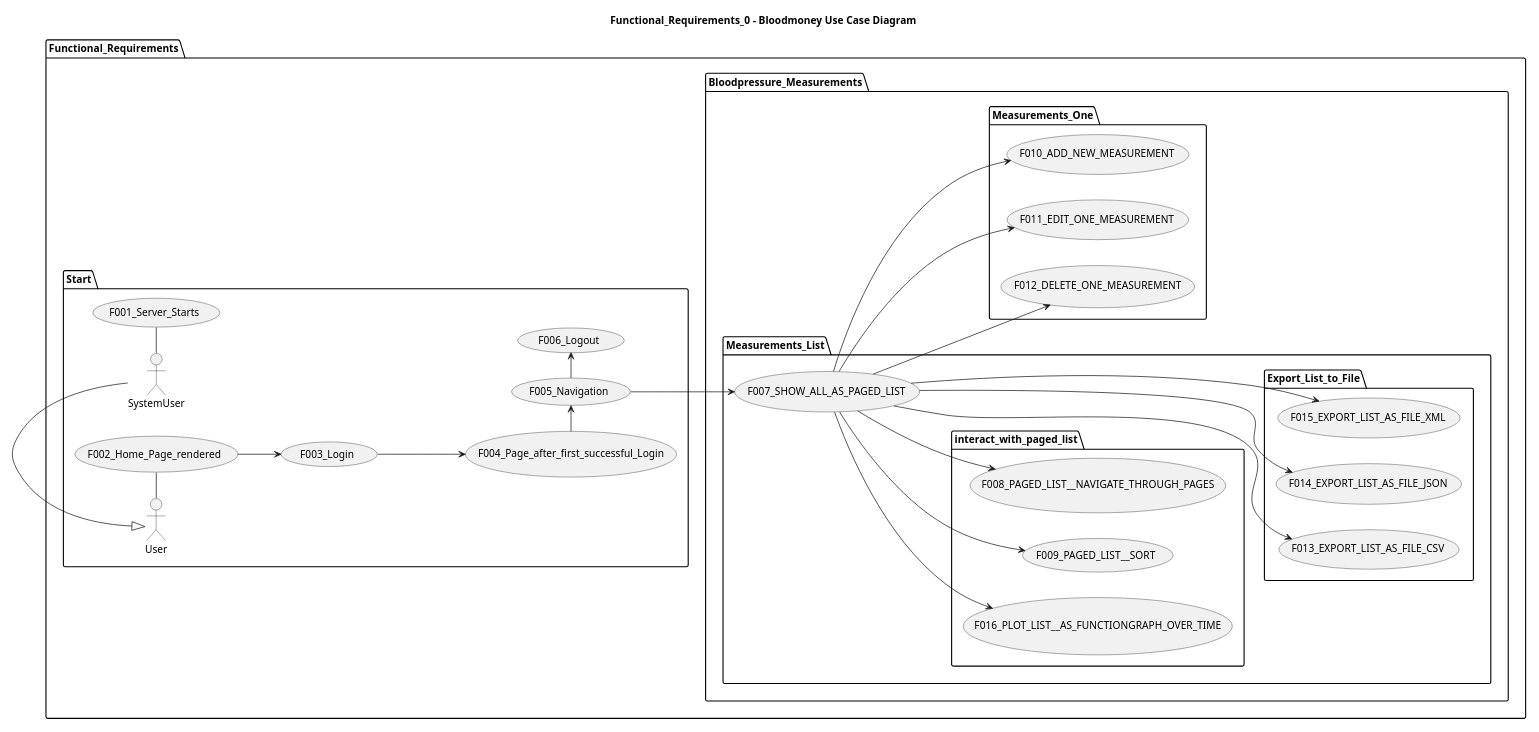
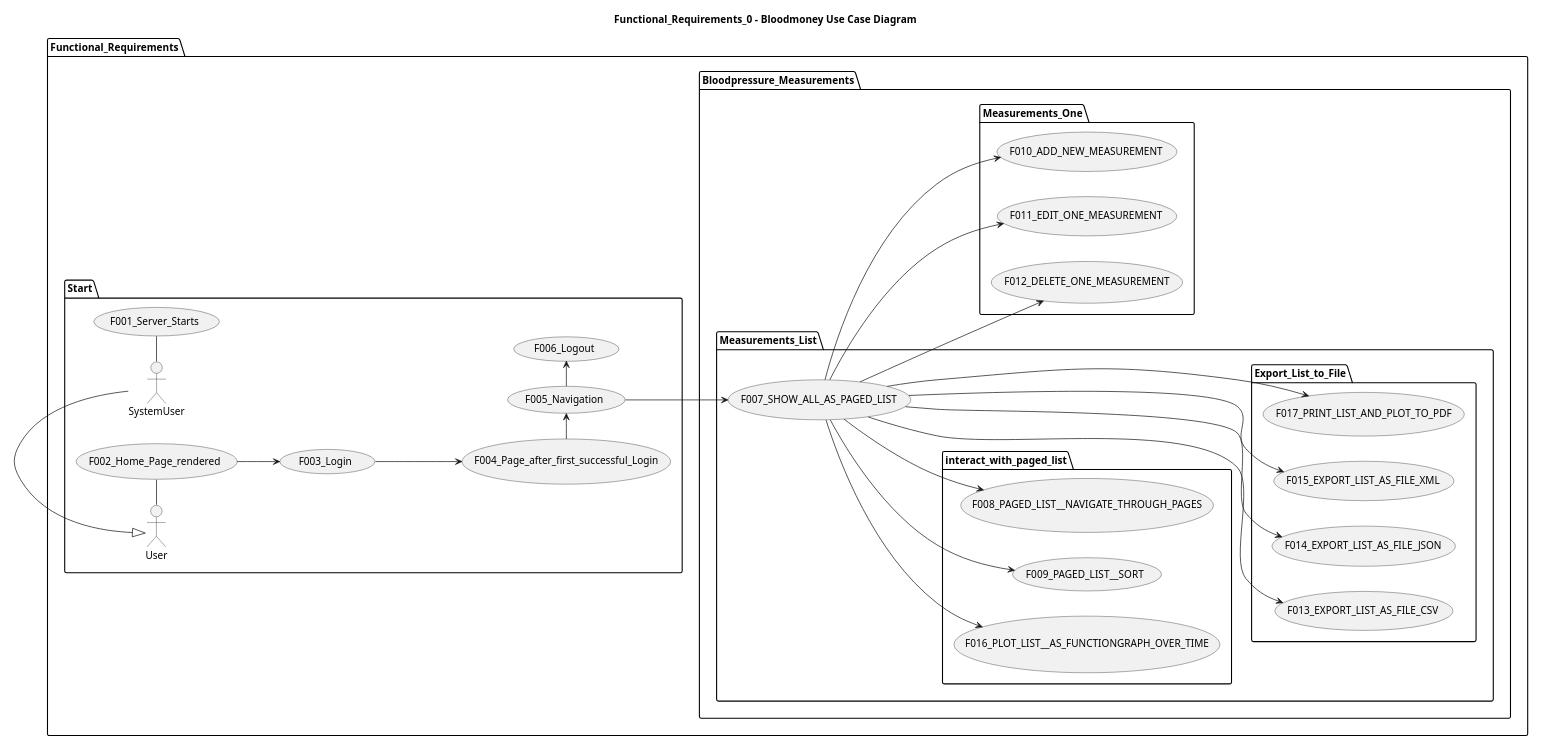
The diagram in src/main/plantuml/all/Bloodmoney__Use_Cases.puml (BloodMoneyApp/bloodmoney), drawn with PlantUML before and after one commit. The commit also changed 4 other files, not shown here.

Commit message:
documentation: class structure to UML

```diff
--- a/src/main/plantuml/all/Bloodmoney__Use_Cases.puml
+++ b/src/main/plantuml/all/Bloodmoney__Use_Cases.puml
@@ -1,47 +1,48 @@
 @startuml
 
 title Functional_Requirements_0 - Bloodmoney Use Case Diagram
 
 left to right direction
 'top to bottom direction
 
 'https://plantuml.com/use-case-diagram
 
 scale 1200 width
 
 package Functional_Requirements {
 
   package Start {
     SystemUser - (F001_Server_Starts)
     User - (F002_Home_Page_rendered)
     (F002_Home_Page_rendered) --> (F003_Login)
     (F003_Login) ---> (F004_Page_after_first_successful_Login)
     (F004_Page_after_first_successful_Login) -> (F005_Navigation)
     (F005_Navigation) -> (F006_Logout)
 
     User <|- SystemUser
   }
 
   package Bloodpressure_Measurements {
 
     package Measurements_List {
           (F005_Navigation) --> (F007_SHOW_ALL_AS_PAGED_LIST)
           package interact_with_paged_list {
               (F007_SHOW_ALL_AS_PAGED_LIST) --> (F008_PAGED_LIST__NAVIGATE_THROUGH_PAGES)
               (F007_SHOW_ALL_AS_PAGED_LIST) --> (F009_PAGED_LIST__SORT)
               (F007_SHOW_ALL_AS_PAGED_LIST) --> (F016_PLOT_LIST__AS_FUNCTIONGRAPH_OVER_TIME)
           }
           package Export_List_to_File {
               (F007_SHOW_ALL_AS_PAGED_LIST) ---> (F013_EXPORT_LIST_AS_FILE_CSV)
               (F007_SHOW_ALL_AS_PAGED_LIST) ---> (F014_EXPORT_LIST_AS_FILE_JSON)
               (F007_SHOW_ALL_AS_PAGED_LIST) ---> (F015_EXPORT_LIST_AS_FILE_XML)
+              (F007_SHOW_ALL_AS_PAGED_LIST) ---> (F017_PRINT_LIST_AND_PLOT_TO_PDF)
           }
     }
     package Measurements_One {
         (F007_SHOW_ALL_AS_PAGED_LIST) --> (F010_ADD_NEW_MEASUREMENT)
         (F007_SHOW_ALL_AS_PAGED_LIST) --> (F011_EDIT_ONE_MEASUREMENT)
         (F007_SHOW_ALL_AS_PAGED_LIST) --> (F012_DELETE_ONE_MEASUREMENT)
     }
   }
 }
 @enduml
```
